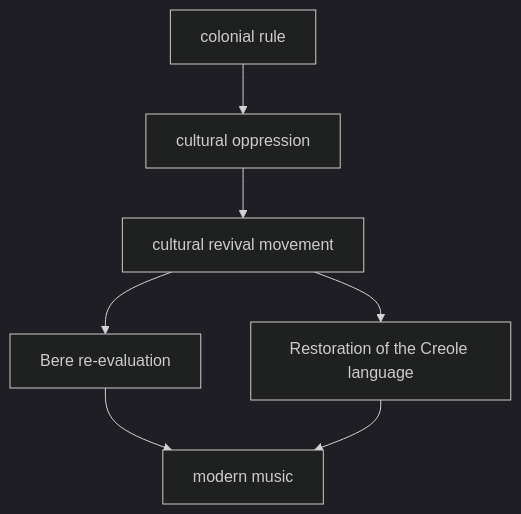
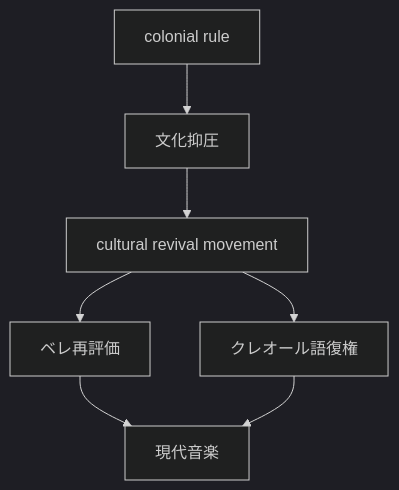
Before and after one commit to monumental-movement/monumental-movement.github.io: the seventh of 11 diagrams in en/_posts/2026-05-16-column-martinique.md, drawn with Mermaid (dark theme). The commit also changed other lines of this file and 2196 other files, not shown here.

```diff
--- a/en/_posts/2026-05-16-column-martinique.md
+++ b/en/_posts/2026-05-16-column-martinique.md
@@ -296,9 +296,9 @@
 <div class="mermaid">
 flowchart TD
-A[colonial rule] --> B[cultural oppression]
+A[colonial rule] --> B[文化抑圧]
 B --> C[cultural revival movement]
-C --> D[Bere re-evaluation]
-C --> E[Restoration of the Creole language]
-D --> F[modern music]
+C --> D[ベレ再評価]
+C --> E[クレオール語復権]
+D --> F[現代音楽]
 E --> F
 </div>
```
